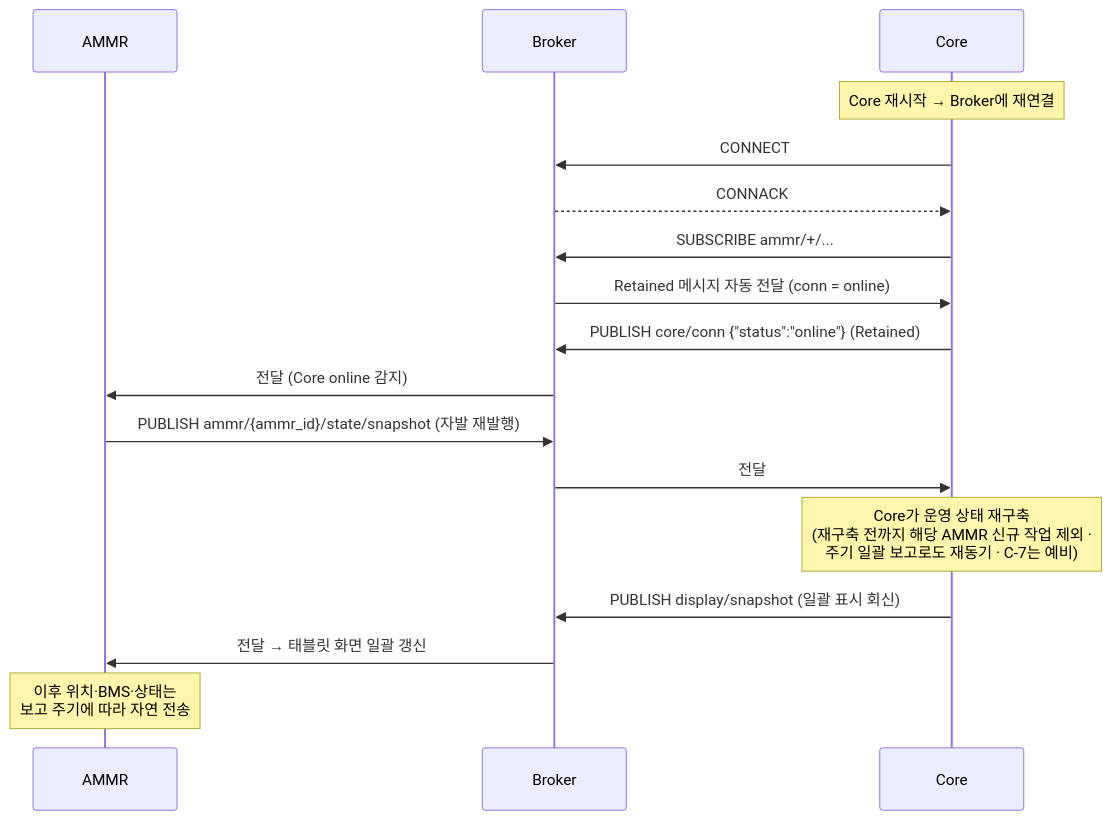
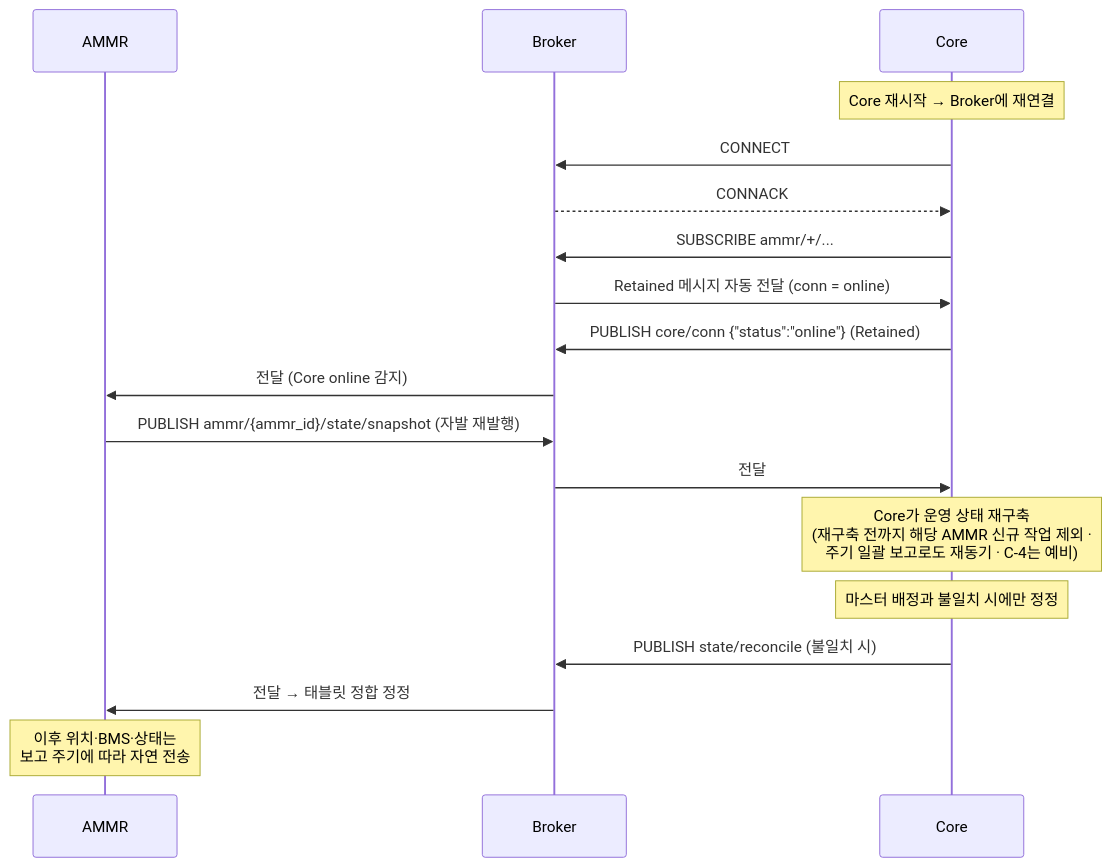
One commit to kimminsu0315/Core-Docs changed diagram 13 of 13 in docs/out/Core_ICD_AMMR.md. Above: the diagram before and after it, drawn with Mermaid. The commit also changed other lines of this file and 8 other files, not shown here.

````diff
--- a/docs/out/Core_ICD_AMMR.md
+++ b/docs/out/Core_ICD_AMMR.md
@@ -1188,22 +1058,23 @@
 ```mermaid
 sequenceDiagram
     participant A as AMMR
     participant B as Broker
     participant C as Core
 
     Note over C: Core 재시작 → Broker에 재연결
     C->>B: CONNECT
     B-->>C: CONNACK
     C->>B: SUBSCRIBE ammr/+/...
     B->>C: Retained 메시지 자동 전달 (conn = online)
 
     C->>B: PUBLISH core/conn {"status":"online"} (Retained)
     B->>A: 전달 (Core online 감지)
     A->>B: PUBLISH ammr/{ammr_id}/state/snapshot (자발 재발행)
     B->>C: 전달
-    Note over C: Core가 운영 상태 재구축<br/>(재구축 전까지 해당 AMMR 신규 작업 제외 ·<br/>주기 일괄 보고로도 재동기 · C-7는 예비)
-    C->>B: PUBLISH display/snapshot (일괄 표시 회신)
-    B->>A: 전달 → 태블릿 화면 일괄 갱신
+    Note over C: Core가 운영 상태 재구축<br/>(재구축 전까지 해당 AMMR 신규 작업 제외 ·<br/>주기 일괄 보고로도 재동기 · C-4는 예비)
+    Note over C: 마스터 배정과 불일치 시에만 정정
+    C->>B: PUBLISH state/reconcile (불일치 시)
+    B->>A: 전달 → 태블릿 정합 정정
 
     Note over A: 이후 위치·BMS·상태는<br/>보고 주기에 따라 자연 전송
 ```
````
